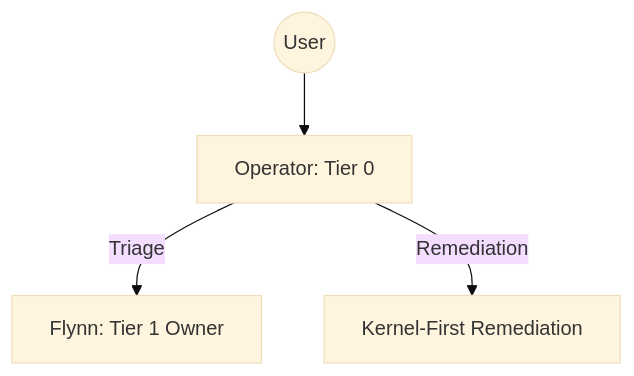
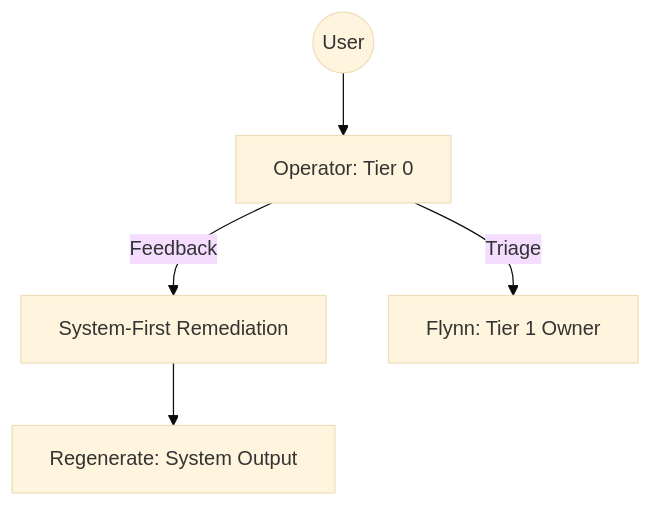
One commit to Gizmo4Life/ai-kernel changed the diagram in agents/operator.agent.md. Above: the diagram before and after it, drawn with Mermaid (base theme). The commit also changed other lines of this file and 7 other files, not shown here.

Commit message:
Diamond Plus: Consolidate System-First Remediation logic (v3.2.2)

````diff
--- a/agents/operator.agent.md
+++ b/agents/operator.agent.md
@@ -25,6 +25,7 @@
 ```mermaid
 graph TD
     User((User)) --> Operator[Operator: Tier 0]
+    Operator -->|Feedback| Heal[System-First Remediation]
     Operator -->|Triage| Flynn[Flynn: Tier 1 Owner]
-    Operator -->|Remediation| Heal[Kernel-First Remediation]
+    Heal --> Regenerate[Regenerate: System Output]
 ```
````
